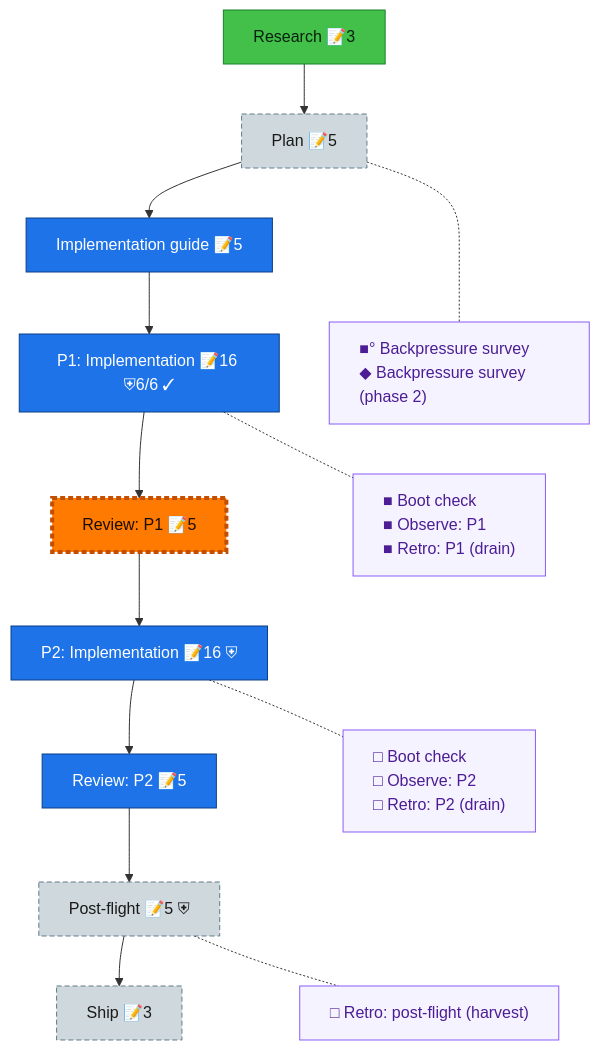
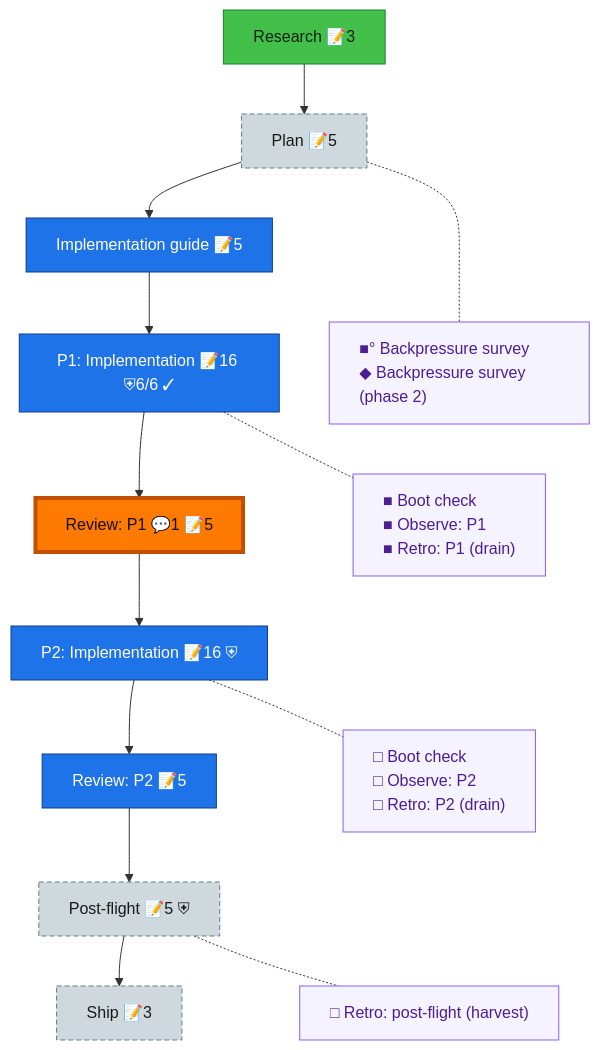
One commit to AI-Substrate/Unisphere changed the diagram in docs/plans/028-prep-canonical-tables/the-flow.md. Above: the diagram before and after it, drawn with Mermaid. The commit also changed other lines of this file and 4 other files, not shown here.

````diff
--- a/docs/plans/028-prep-canonical-tables/the-flow.md
+++ b/docs/plans/028-prep-canonical-tables/the-flow.md
@@ -8,35 +8,36 @@
 ```mermaid
 flowchart TD
     research["Research 📝3"]:::wip
     plan["Plan 📝5"]:::assumed
     impl_guide["Implementation guide 📝5"]:::known
     phase_1["P1: Implementation 📝16 ⛨6/6 ✓"]:::known
-    review_1["Review: P1 📝5"]:::assumed
+    review_1["Review: P1 💬1 📝5"]:::done
     phase_2["P2: Implementation 📝16 ⛨"]:::known
     review_2["Review: P2 📝5"]:::known
     post_flight["Post-flight 📝5 ⛨"]:::assumed
     ship["Ship 📝3"]:::assumed
 
     research --> plan --> impl_guide --> phase_1 --> review_1 --> phase_2 --> review_2 --> post_flight --> ship
 
     planC["■° Backpressure survey<br/>◆ Backpressure survey (phase 2)"]:::chore
     phase_1C["■ Boot check<br/>■ Observe: P1<br/>■ Retro: P1 (drain)"]:::chore
     phase_2C["□ Boot check<br/>□ Observe: P2<br/>□ Retro: P2 (drain)"]:::chore
     post_flightC["□ Retro: post-flight (harvest)"]:::chore
 
     %% invisible chain holds the gutter boxes in their own column
     planC ~~~ phase_1C ~~~ phase_2C ~~~ post_flightC
 
     %% dotted links pull each gutter box beside its node
     plan -.- planC
     phase_1 -.- phase_1C
     phase_2 -.- phase_2C
     post_flight -.- post_flightC
 
+    classDef done fill:#1B7F2E,stroke:#0F4F1B,color:#fff;
     classDef wip fill:#43C04A,stroke:#1B7F2E,color:#04210A;
     classDef known fill:#1E73E8,stroke:#0D3F86,color:#fff;
     classDef assumed fill:#CFD8DC,stroke:#607D8B,color:#1a1a1a,stroke-dasharray:5 3;
     classDef chore fill:#f5f3ff,stroke:#8b5cf6,color:#4c1d95,text-align:left;
     classDef current fill:#FF7A00,stroke:#C24E00,color:#1a0e00,stroke-width:4px;
     class review_1 current;
 ```
````
